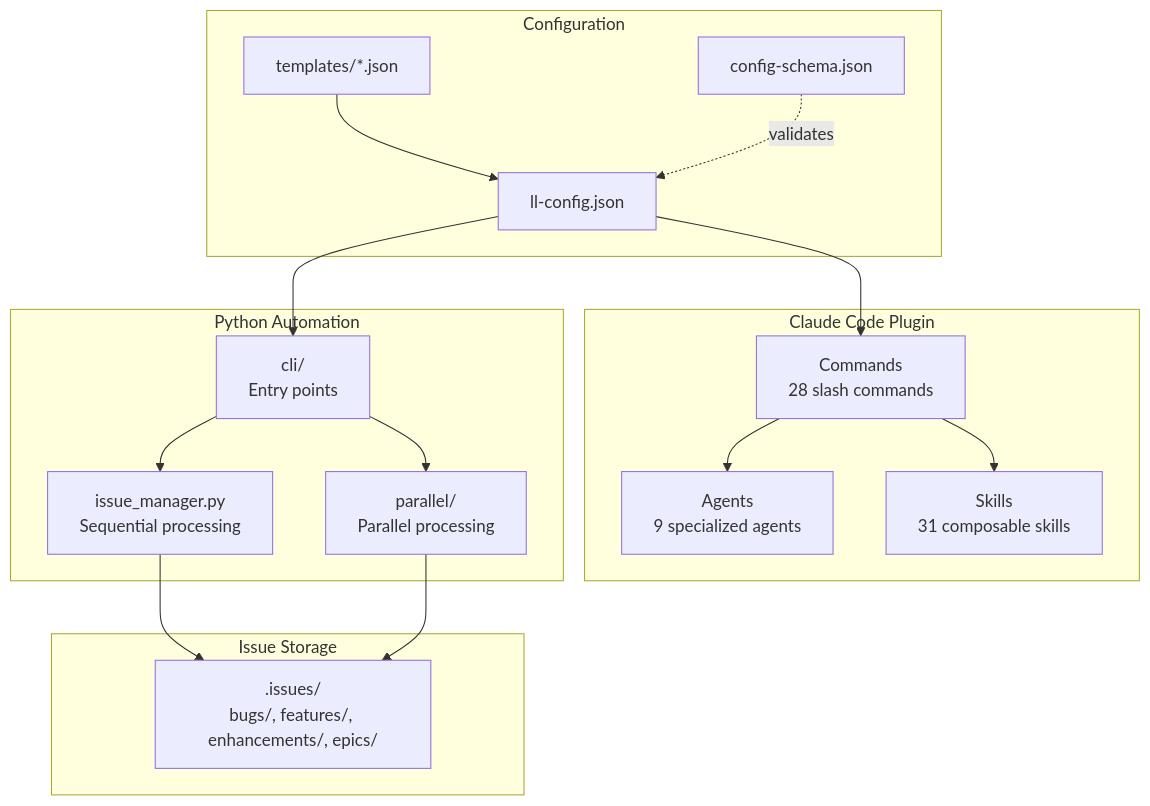
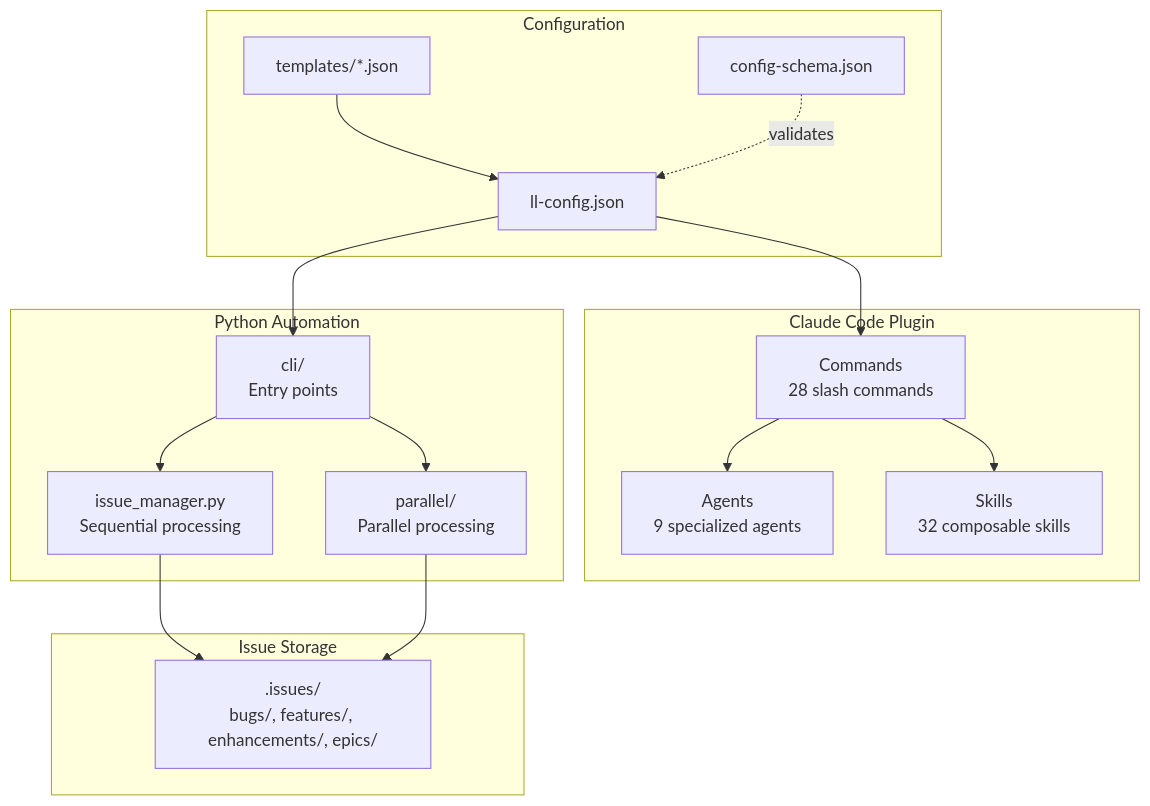
One commit to BrennonTWilliams/little-loops changed the first of 16 diagrams in docs/ARCHITECTURE.md. Above: the diagram before and after it, drawn with Mermaid. The commit also changed other lines of this file and 13 other files, not shown here.

````diff
--- a/docs/ARCHITECTURE.md
+++ b/docs/ARCHITECTURE.md
@@ -21,35 +21,35 @@
 ```mermaid
 flowchart TB
     subgraph "Claude Code Plugin"
         CMD[Commands<br/>28 slash commands]
         AGT[Agents<br/>9 specialized agents]
-        SKL[Skills<br/>31 composable skills]
+        SKL[Skills<br/>32 composable skills]
     end
 
     subgraph "Configuration"
         CFG[ll-config.json]
         SCHEMA[config-schema.json]
         TPL[templates/*.json]
     end
 
     subgraph "Python Automation"
         CLI[cli/<br/>Entry points]
         AUTO[issue_manager.py<br/>Sequential processing]
         PARALLEL[parallel/<br/>Parallel processing]
     end
 
     subgraph "Issue Storage"
         ISSUES[.issues/<br/>bugs/, features/, enhancements/, epics/]
     end
 
     CFG --> CMD
     TPL --> CFG
     SCHEMA -.->|validates| CFG
     CFG --> CLI
     CMD --> AGT
     CMD --> SKL
     CLI --> AUTO
     CLI --> PARALLEL
     AUTO --> ISSUES
     PARALLEL --> ISSUES
 ```
````
